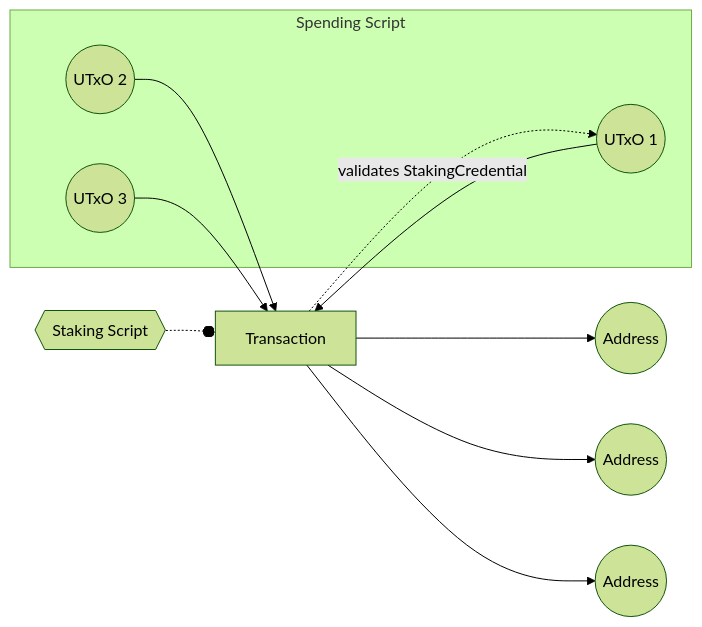
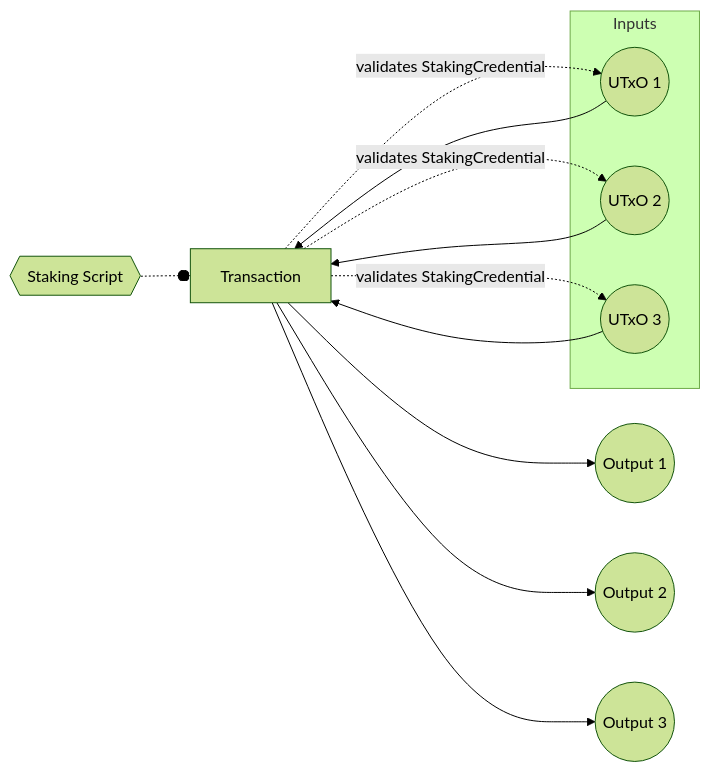
One commit to Anastasia-Labs/design-patterns changed the fourth of 4 diagrams in STAKE-VALIDATOR.md. Above: the diagram before and after it, drawn with Mermaid (forest theme). The commit also changed other lines of this file, not shown here.

````diff
--- a/STAKE-VALIDATOR.md
+++ b/STAKE-VALIDATOR.md
@@ -155,17 +176,19 @@
 ```mermaid
 graph LR
     TX[ Transaction ]
-    subgraph Spending Script
+    subgraph Inputs
     S1((UTxO 1))
     S2((UTxO 2))
     S3((UTxO 3))
     end
     S1 -->TX
     S2 --> TX
     S3 --> TX
     TX -.->|validates StakingCredential|S1
+    TX -.->|validates StakingCredential|S2
+    TX -.->|validates StakingCredential|S3
     ST{{Staking Script}} -.-o TX
-    TX --> A1((Address))
-    TX --> A2((Address))
-    TX --> A3((Address))
+    TX --> A1((Output 1))
+    TX --> A2((Output 2))
+    TX --> A3((Output 3))
 ```
````
